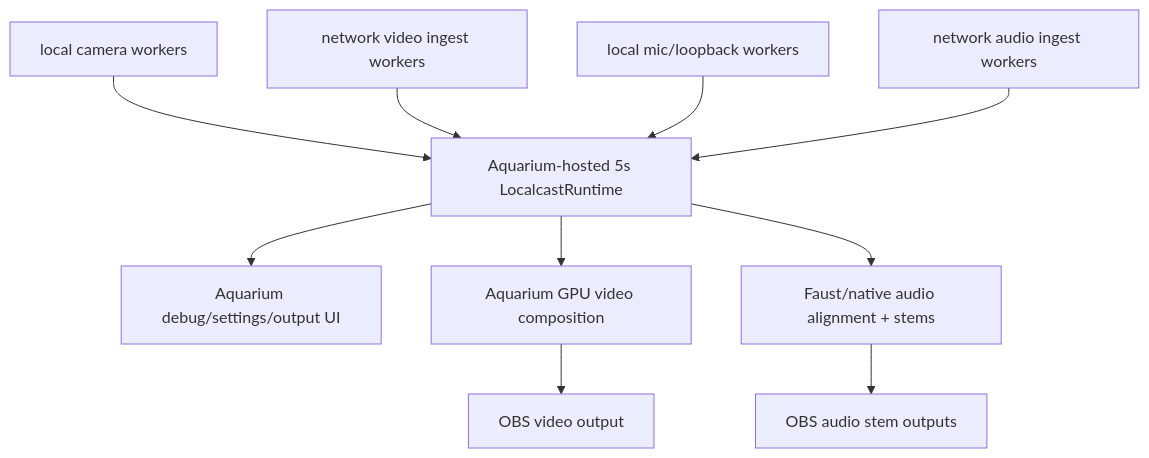
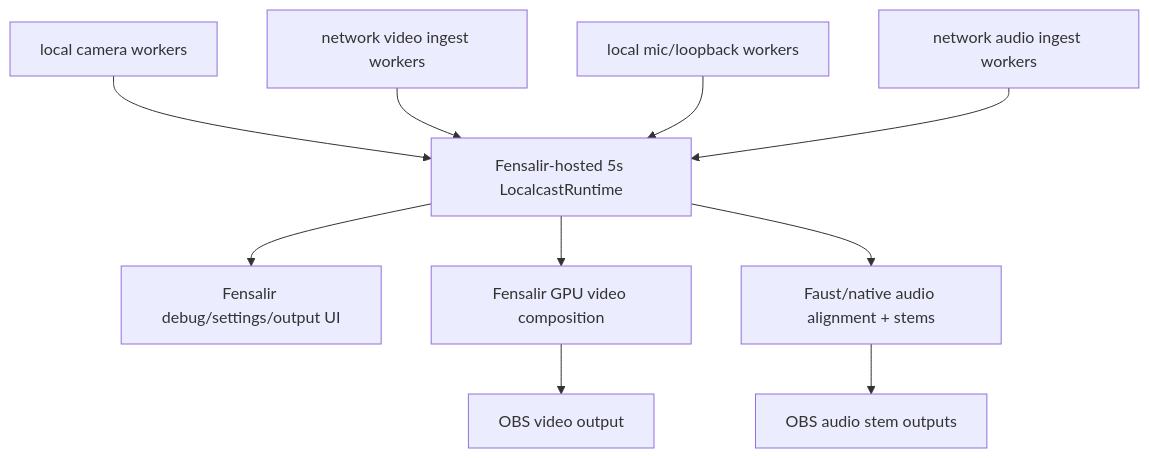
Before and after one commit to GameCult/Mimir: the diagram in docs/viable-stream-app.md, drawn with Mermaid. The commit also changed other lines of this file and 16 other files, not shown here.

````diff
--- a/docs/viable-stream-app.md
+++ b/docs/viable-stream-app.md
@@ -35,12 +35,12 @@
 ```mermaid
 flowchart TD
-    A["local camera workers"] --> R["Aquarium-hosted 5s LocalcastRuntime"]
+    A["local camera workers"] --> R["Fensalir-hosted 5s LocalcastRuntime"]
     B["network video ingest workers"] --> R
     C["local mic/loopback workers"] --> R
     D["network audio ingest workers"] --> R
-    R --> U["Aquarium debug/settings/output UI"]
-    R --> V["Aquarium GPU video composition"]
+    R --> U["Fensalir debug/settings/output UI"]
+    R --> V["Fensalir GPU video composition"]
     R --> F["Faust/native audio alignment + stems"]
     V --> O["OBS video output"]
     F --> P["OBS audio stem outputs"]
 ```
````
